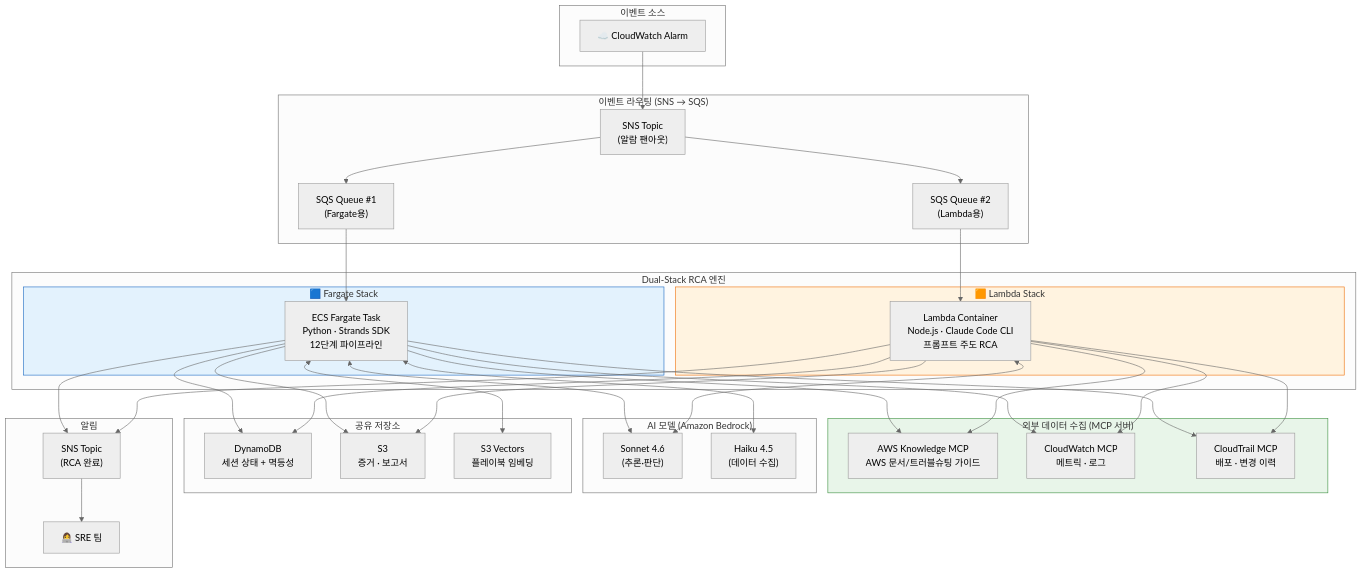
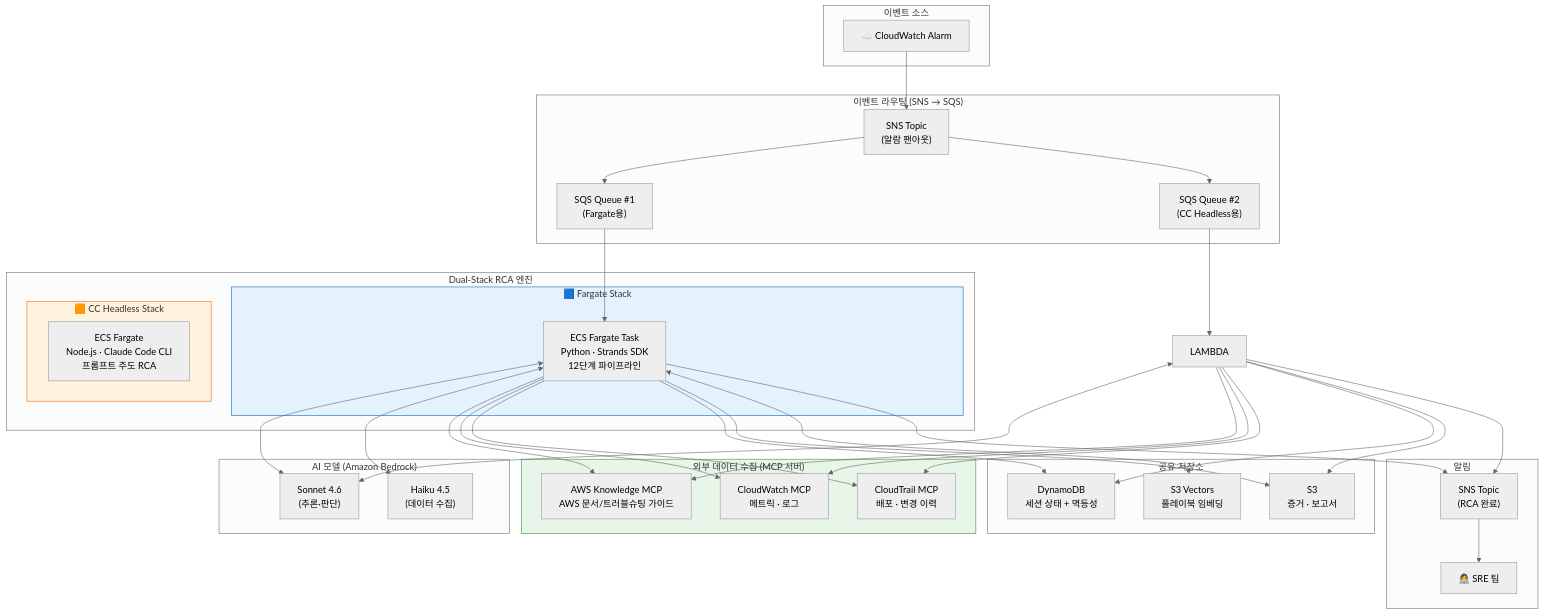
The second of 19 diagrams in docs/system-guide-for-ops.md (haandol/rca-agent), drawn with Mermaid (neutral theme) before and after one commit. The commit also changed other lines of this file and 2 other files, not shown here.

First line of the commit message:
docs: README 시크릿 설정·인프라 배포 섹션 추가, CC Headless Lambda→Fargate 반영

````diff
--- a/docs/system-guide-for-ops.md
+++ b/docs/system-guide-for-ops.md
@@ -46,72 +46,72 @@
 ```mermaid
 graph TB
     subgraph EventSource["이벤트 소스"]
         CW["☁️ CloudWatch Alarm"]
     end
 
     subgraph Routing["이벤트 라우팅 (SNS → SQS)"]
         SNS["SNS Topic<br/>(알람 팬아웃)"]
         SQS_F["SQS Queue #1<br/>(Fargate용)"]
-        SQS_L["SQS Queue #2<br/>(Lambda용)"]
+        SQS_L["SQS Queue #2<br/>(CC Headless용)"]
     end
 
     subgraph DualStack["Dual-Stack RCA 엔진"]
         subgraph FargateStack["🟦 Fargate Stack"]
             ECS["ECS Fargate Task<br/>Python · Strands SDK<br/>12단계 파이프라인"]
         end
-        subgraph LambdaStack["🟧 Lambda Stack"]
-            LAMBDA["Lambda Container<br/>Node.js · Claude Code CLI<br/>프롬프트 주도 RCA"]
+        subgraph CcHeadlessStack["🟧 CC Headless Stack"]
+            CCFARGATE["ECS Fargate<br/>Node.js · Claude Code CLI<br/>프롬프트 주도 RCA"]
         end
     end
 
     subgraph Tools["외부 데이터 수집 (MCP 서버)"]
         AK["AWS Knowledge MCP<br/>AWS 문서/트러블슈팅 가이드"]
         CW_MCP["CloudWatch MCP<br/>메트릭 · 로그"]
         CT_MCP["CloudTrail MCP<br/>배포 · 변경 이력"]
     end
 
     subgraph LLM["AI 모델 (Amazon Bedrock)"]
         SONNET["Sonnet 4.6<br/>(추론·판단)"]
         HAIKU["Haiku 4.5<br/>(데이터 수집)"]
     end
 
     subgraph SharedStorage["공유 저장소"]
         DDB["DynamoDB<br/>세션 상태 + 멱등성"]
         S3["S3<br/>증거 · 보고서"]
         S3V["S3 Vectors<br/>플레이북 임베딩"]
     end
 
     subgraph Notify["알림"]
         SNS_OUT["SNS Topic<br/>(RCA 완료)"]
         SRE["👩‍💻 SRE 팀"]
     end
 
     CW --> SNS
     SNS --> SQS_F --> ECS
     SNS --> SQS_L --> LAMBDA
 
     ECS <--> SONNET
     ECS <--> HAIKU
     LAMBDA <--> SONNET
 
     ECS --> AK
     ECS --> CW_MCP
     ECS --> CT_MCP
     LAMBDA --> AK
     LAMBDA --> CW_MCP
     LAMBDA --> CT_MCP
 
     ECS --> DDB
     ECS --> S3
     ECS <--> S3V
     LAMBDA --> DDB
     LAMBDA --> S3
 
     ECS --> SNS_OUT
     LAMBDA --> SNS_OUT
     SNS_OUT --> SRE
 
     style FargateStack fill:#e3f2fd,stroke:#1565c0
-    style LambdaStack fill:#fff3e0,stroke:#ef6c00
+    style CcHeadlessStack fill:#fff3e0,stroke:#ef6c00
     style Tools fill:#e8f5e9,stroke:#388e3c
 ```
````
